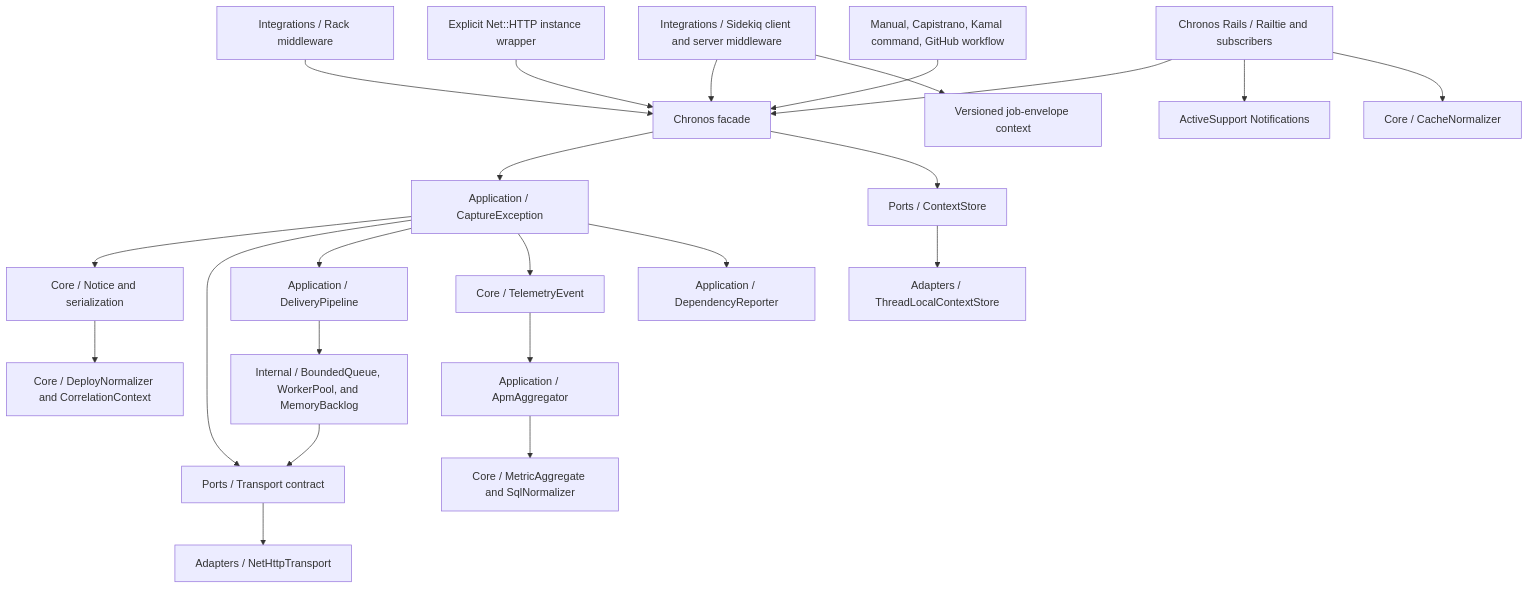
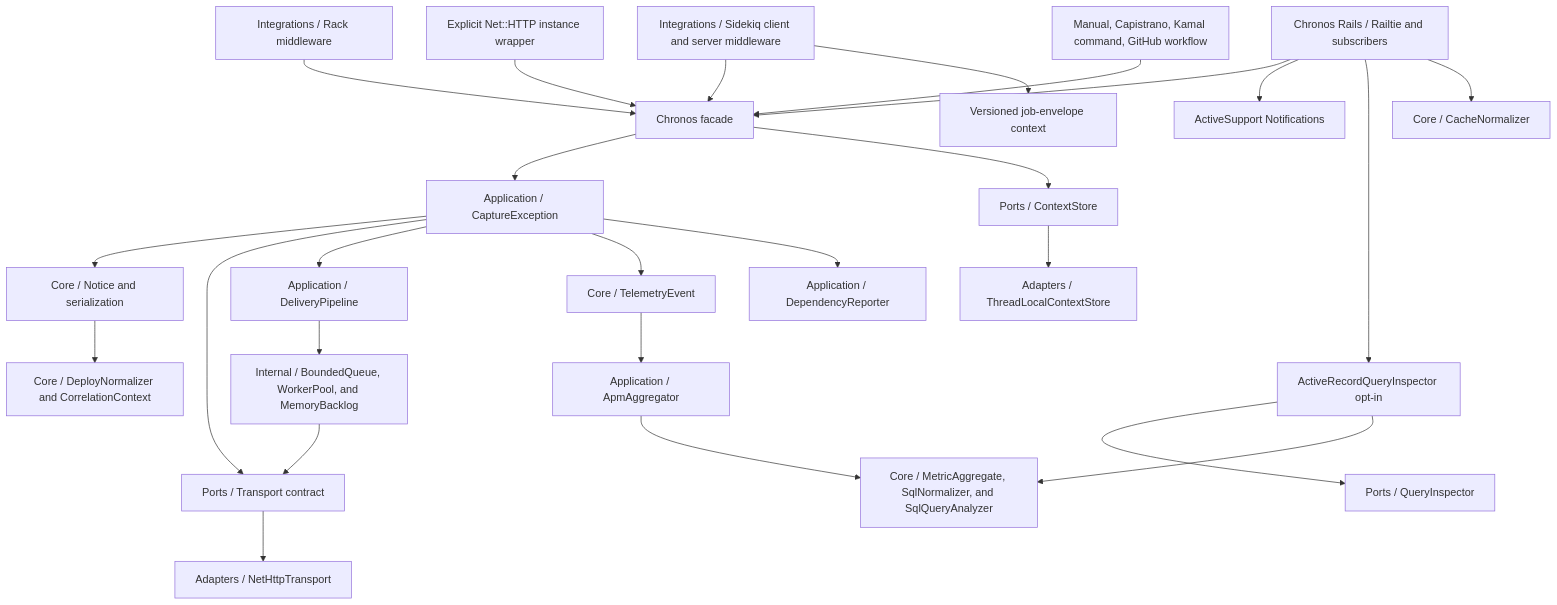
The diagram in docs/architecture.md (antoniojefferson/chronos-ruby), drawn with Mermaid before and after one commit. The commit also changed other lines of this file and 44 other files, not shown here.

````diff
--- a/docs/architecture.md
+++ b/docs/architecture.md
@@ -5,25 +5,28 @@
 ```mermaid
 flowchart TB
   Facade[Chronos facade] --> Application[Application / CaptureException]
   Application --> Core[Core / Notice and serialization]
   Application --> Ports[Ports / Transport contract]
   Ports --> Adapter[Adapters / NetHttpTransport]
   Application --> Delivery[Application / DeliveryPipeline]
   Delivery --> Internal[Internal / BoundedQueue, WorkerPool, and MemoryBacklog]
   Internal --> Ports
   Rack[Integrations / Rack middleware] --> Facade
   Facade --> Context[Ports / ContextStore]
   Context --> ThreadLocal[Adapters / ThreadLocalContextStore]
   Rails[Chronos Rails / Railtie and subscribers] --> Facade
   Rails --> Notifications[ActiveSupport Notifications]
   Sidekiq[Integrations / Sidekiq client and server middleware] --> Facade
   Sidekiq --> Envelope[Versioned job-envelope context]
   Application --> Telemetry[Core / TelemetryEvent]
   Telemetry --> APM[Application / ApmAggregator]
-  APM --> Metrics[Core / MetricAggregate and SqlNormalizer]
+  APM --> Metrics[Core / MetricAggregate, SqlNormalizer, and SqlQueryAnalyzer]
+  Rails --> Inspector[ActiveRecordQueryInspector opt-in]
+  Inspector --> QueryPort[Ports / QueryInspector]
+  Inspector --> Metrics
   NetHTTP[Explicit Net::HTTP instance wrapper] --> Facade
   Rails --> Cache[Core / CacheNormalizer]
   Application --> Dependencies[Application / DependencyReporter]
   Deploy[Manual, Capistrano, Kamal command, GitHub workflow] --> Facade
   Core --> Correlation[Core / DeployNormalizer and CorrelationContext]
 ```
````
